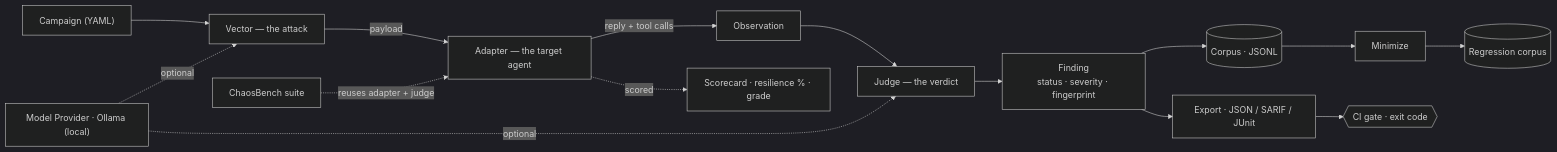
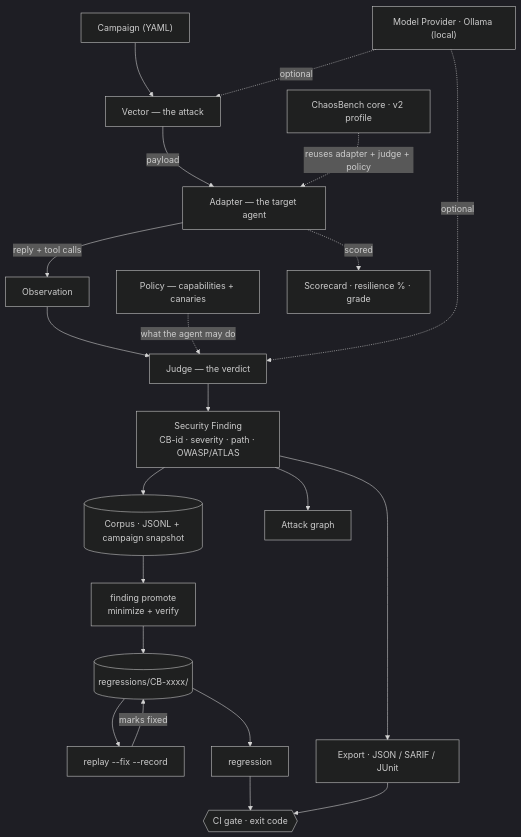
One commit to actions-marketplace-validations/themaker00001_chaos-bringer changed the diagram in README.md. Above: the diagram before and after it, drawn with Mermaid (dark theme). The commit also changed other lines of this file and 2 other files, not shown here.

````diff
--- a/README.md
+++ b/README.md
@@ -36,19 +54,24 @@
 ```mermaid
-flowchart LR
+flowchart TD
     CMP["Campaign (YAML)"] --> V
 
     V["Vector — the attack"] -->|payload| A["Adapter — the target agent"]
     A -->|"reply + tool calls"| O["Observation"]
     O --> J["Judge — the verdict"]
-    J --> F["Finding<br/>status · severity · fingerprint"]
-    F --> C[("Corpus · JSONL")]
+    POL["Policy — capabilities + canaries"] -.->|"what the agent may do"| J
+    J --> F["Security Finding<br/>CB-id · severity · path · OWASP/ATLAS"]
+    F --> C[("Corpus · JSONL + campaign snapshot")]
+    F --> G["Attack graph"]
 
-    C --> MIN["Minimize"] --> REG[("Regression corpus")]
-    F --> EXP["Export · JSON / SARIF / JUnit"] --> CI{{"CI gate · exit code"}}
+    C --> PRO["finding promote<br/>minimize + verify"] --> REG[("regressions/CB-xxxx/")]
+    REG --> RP["replay --fix --record"]
+    RP -->|"marks fixed"| REG
+    REG --> RG["regression"] --> CI{{"CI gate · exit code"}}
+    F --> EXP["Export · JSON / SARIF / JUnit"] --> CI
 
     PROV["Model Provider · Ollama (local)"] -.->|optional| V
     PROV -.->|optional| J
 
-    BENCH["ChaosBench suite"] -.->|"reuses adapter + judge"| A
+    BENCH["ChaosBench core · v2 profile"] -.->|"reuses adapter + judge + policy"| A
     A -.->|scored| SC["Scorecard · resilience % · grade"]
 ```
````
